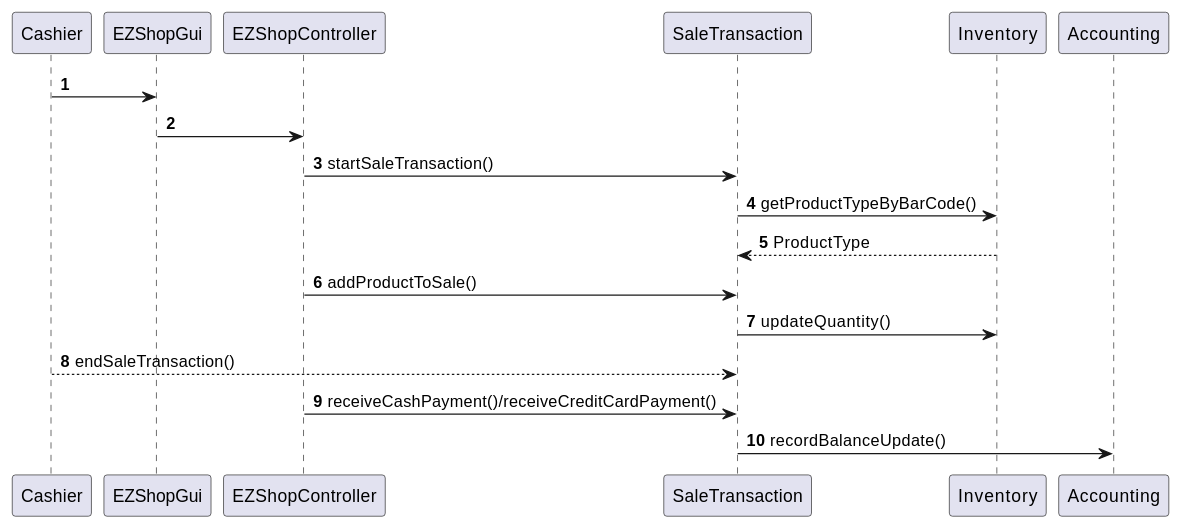
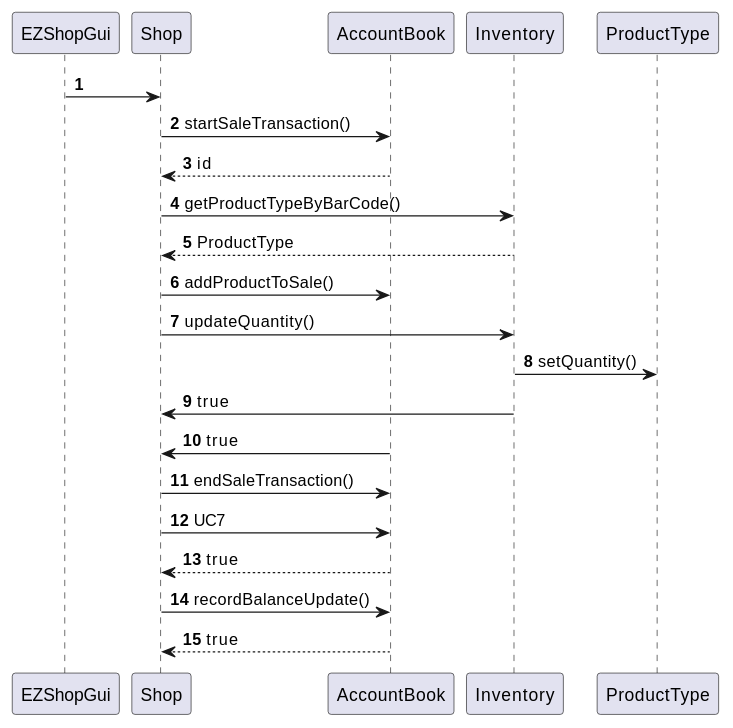
Before and after one commit to mkexc/ezshop: the ninth of 12 diagrams in Deliverables/DesignDocument.md, drawn with PlantUML. The commit also changed other lines of this file and 3 other files, not shown here.

Commit message:
Deliverables: fixed LowLevel design, added sequence diagrams, started estimation

````diff
--- a/Deliverables/DesignDocument.md
+++ b/Deliverables/DesignDocument.md
@@ -418,16 +455,20 @@
 ```plantuml
 @startuml
 autonumber
-Cashier -> EZShopGui
-EZShopGui -> EZShopController
-EZShopController -> SaleTransaction : startSaleTransaction()
-SaleTransaction -> Inventory : getProductTypeByBarCode()
-SaleTransaction <-- Inventory : ProductType
-EZShopController -> SaleTransaction : addProductToSale()
-SaleTransaction -> Inventory : updateQuantity()
-Cashier --> SaleTransaction : endSaleTransaction()
-EZShopController -> SaleTransaction : receiveCashPayment()/receiveCreditCardPayment()
-SaleTransaction -> Accounting : recordBalanceUpdate()
-
+EZShopGui -> Shop
+Shop -> AccountBook : startSaleTransaction()
+Shop <-- AccountBook : id
+Shop -> Inventory : getProductTypeByBarCode()
+Shop <-- Inventory : ProductType
+Shop -> AccountBook : addProductToSale()
+Shop -> Inventory : updateQuantity()
+Inventory -> ProductType : setQuantity()
+Shop <- Inventory : true
+Shop <- AccountBook : true
+Shop -> AccountBook : endSaleTransaction()
+Shop -> AccountBook : UC7
+Shop <-- AccountBook : true
+Shop -> AccountBook : recordBalanceUpdate()
+Shop <-- AccountBook : true
 @enduml
 ```
````
